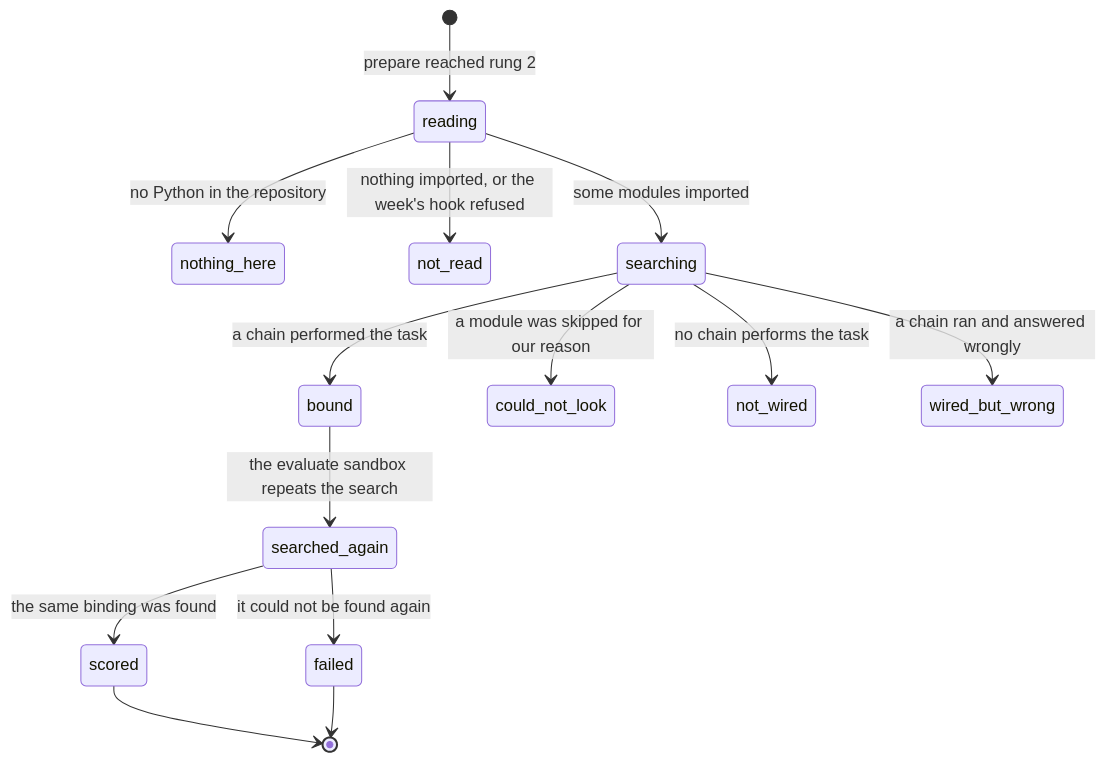
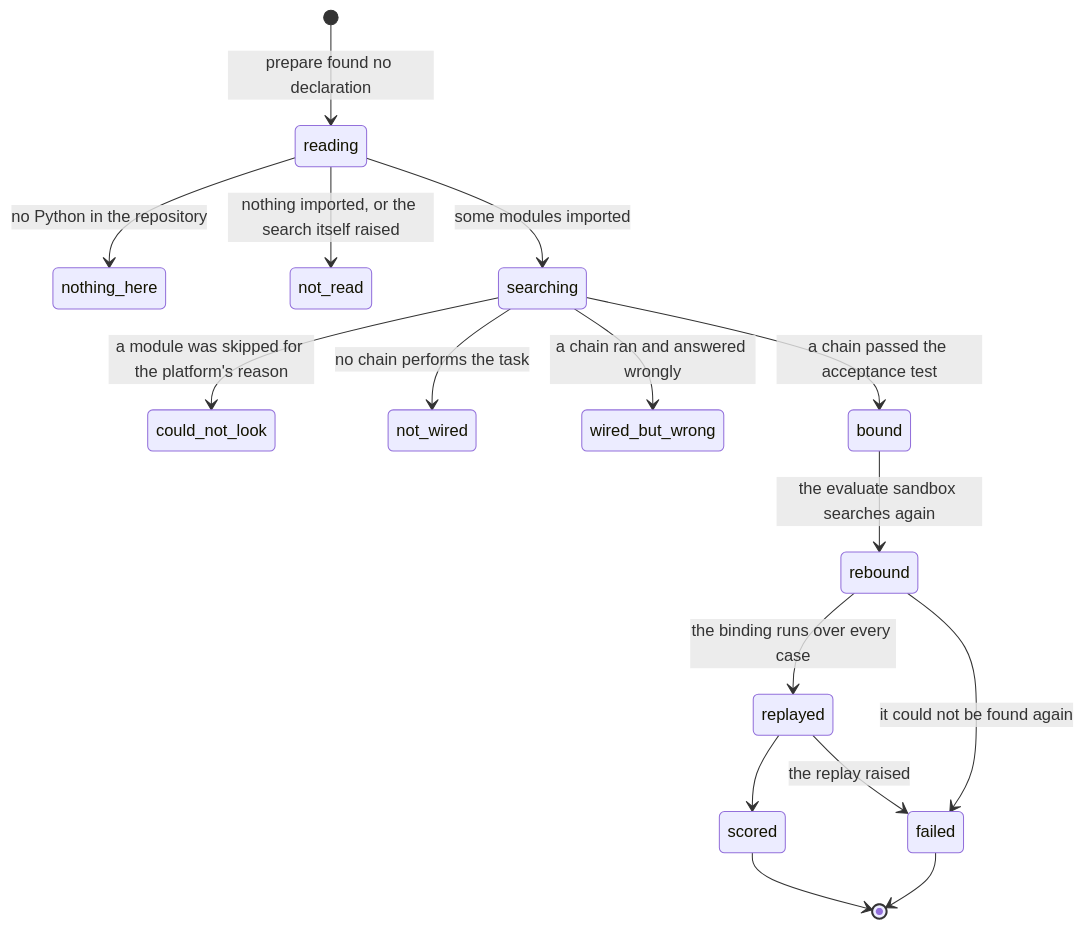
Before and after one commit to SamGu-NRX/CogPortal: the diagram in docs/product-description/sandbox/discovery.md, drawn with Mermaid. The commit also changed other lines of this file and 41 other files, not shown here.

````diff
--- a/docs/product-description/sandbox/discovery.md
+++ b/docs/product-description/sandbox/discovery.md
@@ -46,16 +44,18 @@
 ```mermaid
 stateDiagram-v2
-    [*] --> reading : prepare reached rung 2
+    [*] --> reading : prepare found no declaration
     reading --> nothing_here : no Python in the repository
-    reading --> not_read : nothing imported, or the week's hook refused
+    reading --> not_read : nothing imported, or the search itself raised
     reading --> searching : some modules imported
-    searching --> bound : a chain performed the task
-    searching --> could_not_look : a module was skipped for our reason
+    searching --> could_not_look : a module was skipped for the platform's reason
     searching --> not_wired : no chain performs the task
     searching --> wired_but_wrong : a chain ran and answered wrongly
-    bound --> searched_again : the evaluate sandbox repeats the search
-    searched_again --> scored : the same binding was found
-    searched_again --> failed : it could not be found again
+    searching --> bound : a chain passed the acceptance test
+    bound --> rebound : the evaluate sandbox searches again
+    rebound --> replayed : the binding runs over every case
+    rebound --> failed : it could not be found again
+    replayed --> scored
+    replayed --> failed : the replay raised
     scored --> [*]
     failed --> [*]
 ```
````
